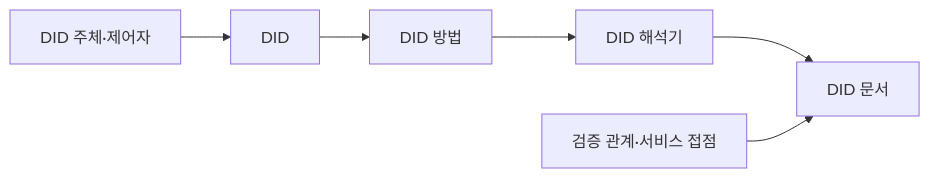
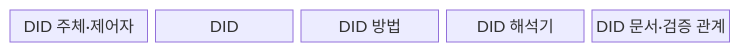
The first of 2 diagrams in src/content/docs/notes/05-security/068_w3c_did.md (agnusdei1207/knowledge-base), drawn with Mermaid before and after one commit. The commit also changed other lines of this file and 7 other files, not shown here.

````diff
--- a/src/content/docs/notes/05-security/068_w3c_did.md
+++ b/src/content/docs/notes/05-security/068_w3c_did.md
@@ -60,8 +61,9 @@
 ```mermaid
-flowchart LR
-    A[DID 주체·제어자] --> B[DID]
-    B --> C[DID 방법]
-    C --> D[DID 해석기]
-    D --> E[DID 문서]
-    F[검증 관계·서비스 접점] --> E
+block-beta
+  columns 5
+  A["DID 주체·제어자"]
+  B["DID"]
+  C["DID 방법"]
+  D["DID 해석기"]
+  E["DID 문서·검증 관계"]
 ```
````
